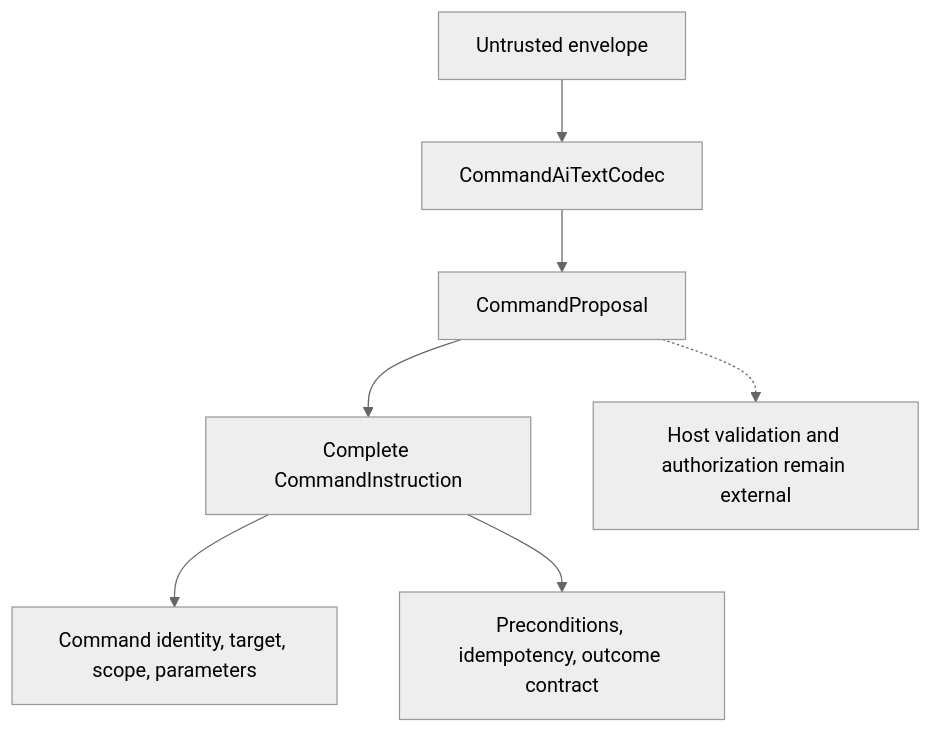
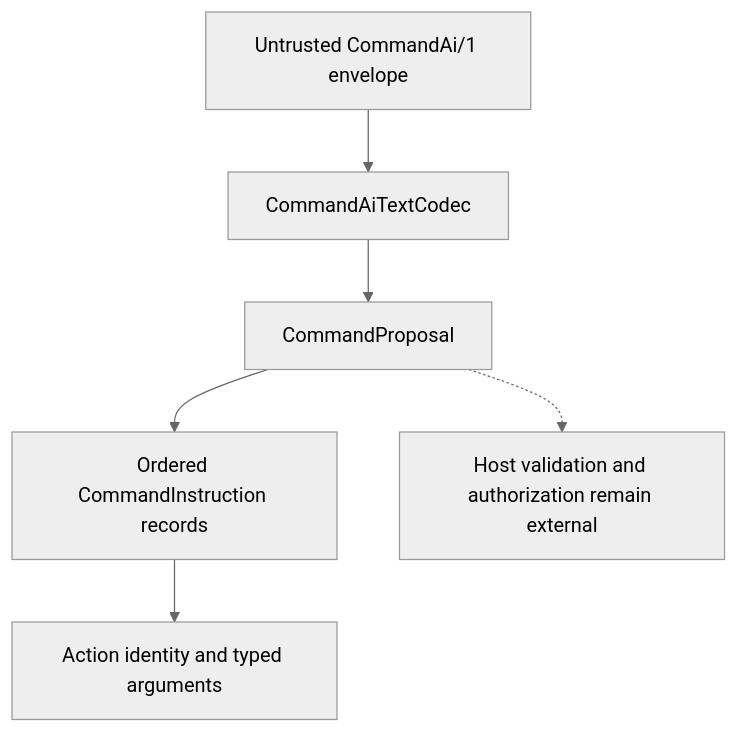
The diagram in docs/UML/CommandAiTextCodecUML.md (TrentBest/TheSingularityWorkshop.CommandAi), drawn with Mermaid (neutral theme) before and after one commit. The commit also changed other lines of this file, not shown here.

Commit message:
docs: align UML with CommandAi v1 source

```diff
--- a/docs/UML/CommandAiTextCodecUML.md
+++ b/docs/UML/CommandAiTextCodecUML.md
@@ -6,9 +6,8 @@
 ~~~mermaid
 flowchart TD
-  I[Untrusted envelope] --> C[CommandAiTextCodec]
+  I[Untrusted CommandAi/1 envelope] --> C[CommandAiTextCodec]
   C --> P[CommandProposal]
-  P --> A[Complete CommandInstruction]
-  A --> M[Command identity, target, scope, parameters]
-  A --> R[Preconditions, idempotency, outcome contract]
+  P --> A[Ordered CommandInstruction records]
+  A --> M[Action identity and typed arguments]
   P -.-> H[Host validation and authorization remain external]
 ~~~
```
